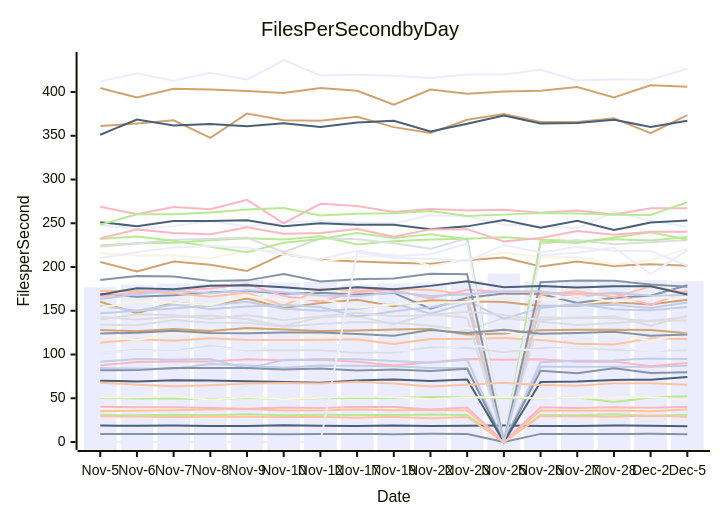
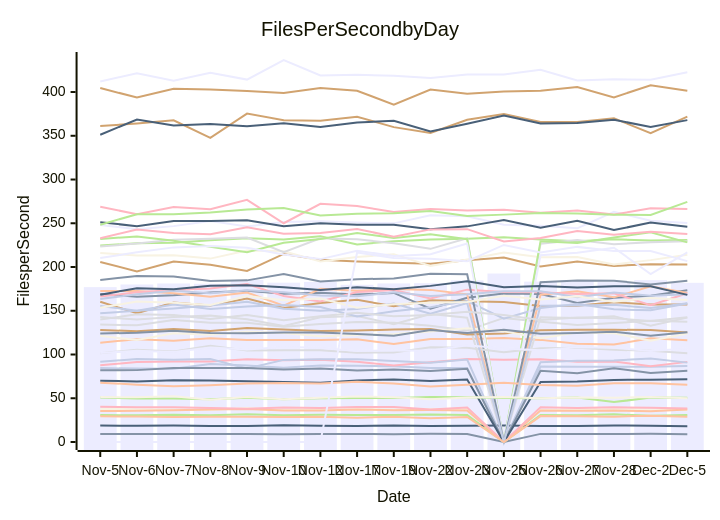
One commit to streetsidesoftware/cspell changed the diagram in perf-report.md. Above: the diagram before and after it, drawn with Mermaid. The commit also changed other lines of this file and 1 other file, not shown here.

````diff
--- a/perf-report.md
+++ b/perf-report.md
@@ -10,57 +10,57 @@
 ```mermaid
 xychart-beta
     title Files Per Second by Day
     y-axis Files per Second
     x-axis Date [Nov-5, Nov-6, Nov-7, Nov-8, Nov-9, Nov-10, Nov-12, Nov-17, Nov-19, Nov-22, Nov-23, Nov-25, Nov-26, Nov-27, Nov-28, Dec-2, Dec-5]
-    bar [177.03, 180.02, 181.19, 180.85, 185.26, 182.11, 183.02, 179.67, 181.22, 181.55, 184.70, 192.57, 183.27, 184.75, 182.79, 184.99, 183.63]
-    line [9.14, 9.20, 9.09, 9.19, 9.27, 8.92, 9.14, 9.18, 8.84, 9.32, 9.24, 0.00, 9.27, 9.05, 9.13, 9.38, 8.90]
-    line [113.51, 117.50, 115.81, 118.63, 116.72, 116.49, 116.48, 117.45, 112.12, 117.70, 117.75, 118.80, 116.72, 112.25, 111.37, 118.51, 117.58]
-    line [142.76, 139.88, 142.79, 144.44, 140.29, 132.61, 142.45, 144.07, 134.61, 146.19, 141.96, 0.00, 142.52, 141.79, 143.85, 132.83, 144.48]
-    line [30.80, 30.49, 31.24, 30.45, 31.85, 30.57, 31.13, 30.89, 30.94, 31.34, 30.76, 0.00, 30.81, 30.58, 31.64, 29.90, 31.23]
-    line [160.31, 147.15, 159.42, 156.12, 164.10, 153.25, 158.83, 162.50, 155.26, 161.99, 161.00, 160.02, 155.33, 155.60, 159.85, 157.03, 162.62]
-    line [84.45, 83.88, 83.68, 89.12, 87.30, 84.78, 87.41, 87.06, 86.68, 84.68, 84.66, 0.00, 86.16, 86.09, 86.12, 86.10, 87.06]
-    line [87.65, 91.37, 92.01, 91.93, 94.57, 93.46, 93.94, 91.73, 87.45, 91.05, 94.79, 93.97, 94.67, 91.62, 92.04, 86.62, 90.36]
-    line [18.76, 18.55, 18.73, 18.36, 18.35, 19.12, 18.64, 18.32, 18.95, 18.34, 18.44, 18.84, 18.37, 18.41, 18.93, 18.48, 18.05]
-    line [37.67, 37.57, 37.08, 36.63, 38.88, 36.70, 37.54, 37.45, 37.05, 37.59, 38.10, 0.00, 36.55, 37.13, 38.36, 37.28, 36.93]
-    line [248.00, 243.11, 246.73, 252.50, 246.24, 251.54, 252.31, 250.79, 249.89, 259.20, 257.89, 248.21, 247.03, 244.22, 263.12, 252.89, 246.17]
-    line [169.20, 166.04, 167.77, 170.78, 172.83, 169.54, 170.69, 168.51, 170.43, 152.49, 164.76, 169.85, 169.02, 158.91, 164.95, 167.24, 179.15]
-    line [35.49, 35.63, 36.38, 37.15, 37.84, 35.87, 36.08, 37.20, 36.20, 36.44, 36.12, 0.00, 36.09, 35.82, 35.94, 35.10, 37.14]
-    line [134.26, 133.45, 139.44, 136.40, 136.32, 131.65, 134.94, 137.19, 136.33, 132.82, 127.42, 141.81, 137.38, 133.61, 136.04, 138.47, 138.82]
-    line [224.62, 227.06, 227.82, 230.59, 232.99, 231.54, 235.20, 225.87, 229.42, 231.39, 232.22, 233.95, 231.55, 229.52, 231.73, 230.37, 234.33]
-    line [205.70, 195.00, 206.27, 202.50, 195.41, 214.93, 208.44, 206.40, 204.90, 203.63, 207.69, 210.97, 200.63, 206.29, 201.28, 203.16, 201.51]
-    line [91.82, 94.84, 93.87, 94.75, 84.15, 93.85, 94.70, 94.62, 92.44, 90.51, 94.24, 0.00, 91.28, 92.74, 93.28, 95.50, 94.90]
-    line [40.28, 39.64, 39.74, 38.81, 37.90, 39.54, 38.73, 39.95, 40.00, 37.29, 39.41, 0.00, 39.61, 38.93, 39.59, 39.21, 39.93]
-    line [251.21, 246.70, 252.56, 252.48, 253.34, 246.50, 250.04, 248.32, 248.40, 243.10, 246.46, 253.84, 244.86, 252.77, 242.22, 250.75, 253.21]
-    line [216.14, 213.21, 213.46, 209.61, 218.80, 218.08, 206.42, 211.56, 214.70, 201.32, 208.63, 216.56, 211.21, 211.52, 202.80, 207.87, 220.83]
-    line [412.03, 421.51, 412.86, 422.15, 414.20, 436.61, 418.89, 419.72, 418.60, 416.16, 419.91, 420.14, 425.45, 413.25, 414.49, 414.13, 426.70]
-    line [81.93, 82.15, 84.55, 84.56, 84.50, 82.79, 84.08, 81.67, 82.81, 81.19, 83.62, 0.00, 81.43, 78.64, 84.26, 78.88, 79.79]
-    line [172.53, 172.53, 170.03, 165.93, 170.87, 155.75, 175.08, 172.86, 174.82, 173.87, 168.75, 0.00, 168.42, 172.41, 165.34, 178.00, 170.11]
-    line [223.41, 226.89, 231.20, 232.42, 233.76, 216.82, 232.75, 231.73, 227.11, 220.77, 232.83, 0.00, 226.61, 230.78, 225.94, 228.40, 230.74]
-    line [231.98, 234.98, 230.05, 223.17, 216.85, 227.77, 231.99, 238.91, 233.06, 237.44, 231.81, 0.00, 229.54, 227.35, 233.78, 239.72, 231.51]
-    line [128.10, 126.48, 129.06, 126.84, 130.40, 128.50, 126.86, 127.39, 128.53, 129.02, 122.85, 124.15, 127.61, 128.38, 128.27, 127.96, 124.17]
-    line [155.38, 149.97, 157.16, 151.98, 154.79, 156.47, 154.38, 143.43, 149.38, 154.11, 161.15, 140.96, 153.09, 157.58, 151.62, 150.61, 154.23]
-    line [166.28, 171.14, 173.72, 175.33, 180.56, 166.86, 160.67, 171.35, 173.67, 163.99, 174.13, 171.44, 171.10, 169.17, 169.92, 156.42, 173.03]
-    line [70.12, 69.24, 70.59, 70.35, 69.51, 68.69, 67.71, 70.32, 71.50, 69.84, 71.46, 0.00, 68.63, 69.18, 70.98, 71.07, 74.28]
-    line [121.32, 116.47, 124.25, 122.72, 125.93, 124.62, 120.74, 122.33, 123.30, 126.42, 130.12, 126.69, 118.47, 125.05, 124.39, 115.88, 123.62]
-    line [210.23, 216.75, 222.44, 224.03, 222.14, 214.23, 209.04, 218.60, 212.59, 214.66, 226.79, 0.00, 213.37, 216.21, 222.03, 191.91, 219.36]
-    line [185.17, 189.74, 189.19, 183.94, 184.74, 191.91, 183.56, 186.00, 187.01, 192.19, 191.67, 0.00, 182.52, 184.50, 184.37, 180.13, 177.53]
-    line [67.86, 65.51, 63.67, 64.87, 66.76, 67.56, 66.97, 68.98, 66.79, 63.49, 65.54, 67.63, 65.16, 64.17, 67.20, 67.10, 65.57]
-    line [101.54, 105.44, 103.31, 109.90, 104.67, 104.85, 104.85, 102.15, 102.24, 108.41, 107.84, 102.72, 107.24, 107.62, 105.35, 104.37, 104.91]
-    line [50.81, 49.63, 49.77, 48.97, 50.50, 48.94, 50.11, 50.42, 50.32, 51.47, 51.26, 50.21, 50.12, 50.94, 45.60, 50.75, 52.32]
-    line [361.14, 363.96, 367.65, 347.60, 375.37, 367.87, 367.07, 371.79, 359.89, 353.22, 368.32, 374.93, 365.77, 365.67, 369.95, 352.91, 373.58]
-    line [147.11, 149.93, 152.49, 155.90, 160.36, 152.28, 150.06, 152.05, 158.28, 146.52, 158.85, 0.00, 155.81, 155.95, 156.73, 153.23, 159.33]
-    line [268.91, 260.25, 268.67, 265.98, 276.77, 250.02, 272.22, 269.63, 262.78, 266.27, 264.63, 265.39, 262.12, 264.70, 259.96, 267.12, 267.06]
-    line [351.23, 368.55, 361.63, 363.56, 361.00, 364.43, 360.15, 365.05, 367.22, 354.80, 363.64, 373.17, 364.09, 364.55, 368.33, 360.08, 367.21]
-    line [51.37, 51.10, 52.20, 48.34, 51.40, 48.84, 50.71, 51.87, 51.27, 48.95, 50.74, 51.36, 50.08, 50.94, 50.51, 51.36, 48.36]
-    line [101.63, 104.36, 102.75, 108.04, 105.75, 108.53, 107.61, 103.87, 104.59, 104.39, 110.58, 106.99, 105.01, 108.35, 107.81, 104.02, 107.69]
-    line [123.91, 124.93, 127.28, 124.63, 124.24, 125.03, 125.24, 123.48, 121.57, 127.94, 124.68, 128.18, 123.81, 124.58, 126.05, 121.44, 122.99]
-    line [29.34, 29.13, 28.68, 28.99, 28.78, 28.56, 28.81, 27.61, 29.00, 27.12, 28.69, 0.00, 29.62, 29.42, 28.97, 30.07, 28.80]
-    line [140.08, 145.92, 145.09, 140.71, 145.23, 139.03, 143.66, 147.67, 143.64, 145.07, 148.78, 145.20, 139.52, 142.17, 141.34, 138.40, 142.75]
-    line [248.33, 260.33, 260.40, 262.23, 265.71, 267.34, 258.77, 260.78, 261.46, 264.14, 258.29, 259.88, 261.65, 261.27, 259.85, 259.59, 274.11]
-    line [404.53, 393.69, 403.73, 402.78, 401.18, 398.88, 404.51, 401.52, 385.51, 402.83, 398.10, 400.47, 401.59, 405.72, 393.85, 407.78, 406.07]
-    line [163.50, 168.96, 172.75, 170.15, 173.41, 171.14, 167.37, 166.50, 171.04, 166.81, 168.79, 172.43, 172.30, 165.40, 170.85, 167.09, 167.90]
-    line [232.97, 242.75, 238.83, 237.46, 245.31, 238.15, 238.92, 243.36, 234.75, 243.01, 243.28, 229.25, 233.06, 241.24, 236.91, 240.36, 240.22]
-    line [168.22, 175.85, 174.73, 178.68, 179.16, 176.80, 173.86, 176.80, 174.52, 178.44, 183.84, 176.75, 178.41, 176.49, 178.04, 178.10, 168.58]
-    line [153.47, 160.59, 159.17, 156.54, 166.82, 162.10, 163.95, 153.46, 157.33, 159.29, 160.15, 167.27, 163.00, 166.53, 160.28, 164.60, 165.34]
-    line [0.00, 0.00, 0.00, 0.00, 0.00, 0.00, 0.00, 216.65, 210.39, 209.57, 206.62, 225.23, 216.74, 223.01, 218.30, 218.24, 201.72]
+    bar [177.03, 180.02, 181.19, 180.85, 185.26, 182.11, 183.02, 179.67, 181.22, 181.55, 184.70, 192.57, 183.27, 184.75, 182.79, 184.99, 181.95]
+    line [9.14, 9.20, 9.09, 9.19, 9.27, 8.92, 9.14, 9.18, 8.84, 9.32, 9.24, 0.00, 9.27, 9.05, 9.13, 9.38, 8.83]
+    line [113.51, 117.50, 115.81, 118.63, 116.72, 116.49, 116.48, 117.45, 112.12, 117.70, 117.75, 118.80, 116.72, 112.25, 111.37, 118.51, 116.19]
+    line [142.76, 139.88, 142.79, 144.44, 140.29, 132.61, 142.45, 144.07, 134.61, 146.19, 141.96, 0.00, 142.52, 141.79, 143.85, 132.83, 142.13]
+    line [30.80, 30.49, 31.24, 30.45, 31.85, 30.57, 31.13, 30.89, 30.94, 31.34, 30.76, 0.00, 30.81, 30.58, 31.64, 29.90, 30.79]
+    line [160.31, 147.15, 159.42, 156.12, 164.10, 153.25, 158.83, 162.50, 155.26, 161.99, 161.00, 160.02, 155.33, 155.60, 159.85, 157.03, 157.13]
+    line [84.45, 83.88, 83.68, 89.12, 87.30, 84.78, 87.41, 87.06, 86.68, 84.68, 84.66, 0.00, 86.16, 86.09, 86.12, 86.10, 86.97]
+    line [87.65, 91.37, 92.01, 91.93, 94.57, 93.46, 93.94, 91.73, 87.45, 91.05, 94.79, 93.97, 94.67, 91.62, 92.04, 86.62, 91.58]
+    line [18.76, 18.55, 18.73, 18.36, 18.35, 19.12, 18.64, 18.32, 18.95, 18.34, 18.44, 18.84, 18.37, 18.41, 18.93, 18.48, 17.89]
+    line [37.67, 37.57, 37.08, 36.63, 38.88, 36.70, 37.54, 37.45, 37.05, 37.59, 38.10, 0.00, 36.55, 37.13, 38.36, 37.28, 36.33]
+    line [248.00, 243.11, 246.73, 252.50, 246.24, 251.54, 252.31, 250.79, 249.89, 259.20, 257.89, 248.21, 247.03, 244.22, 263.12, 252.89, 250.27]
+    line [169.20, 166.04, 167.77, 170.78, 172.83, 169.54, 170.69, 168.51, 170.43, 152.49, 164.76, 169.85, 169.02, 158.91, 164.95, 167.24, 173.37]
+    line [35.49, 35.63, 36.38, 37.15, 37.84, 35.87, 36.08, 37.20, 36.20, 36.44, 36.12, 0.00, 36.09, 35.82, 35.94, 35.10, 37.12]
+    line [134.26, 133.45, 139.44, 136.40, 136.32, 131.65, 134.94, 137.19, 136.33, 132.82, 127.42, 141.81, 137.38, 133.61, 136.04, 138.47, 137.51]
+    line [224.62, 227.06, 227.82, 230.59, 232.99, 231.54, 235.20, 225.87, 229.42, 231.39, 232.22, 233.95, 231.55, 229.52, 231.73, 230.37, 231.01]
+    line [205.70, 195.00, 206.27, 202.50, 195.41, 214.93, 208.44, 206.40, 204.90, 203.63, 207.69, 210.97, 200.63, 206.29, 201.28, 203.16, 202.74]
+    line [91.82, 94.84, 93.87, 94.75, 84.15, 93.85, 94.70, 94.62, 92.44, 90.51, 94.24, 0.00, 91.28, 92.74, 93.28, 95.50, 90.72]
+    line [40.28, 39.64, 39.74, 38.81, 37.90, 39.54, 38.73, 39.95, 40.00, 37.29, 39.41, 0.00, 39.61, 38.93, 39.59, 39.21, 38.34]
+    line [251.21, 246.70, 252.56, 252.48, 253.34, 246.50, 250.04, 248.32, 248.40, 243.10, 246.46, 253.84, 244.86, 252.77, 242.22, 250.75, 245.95]
+    line [216.14, 213.21, 213.46, 209.61, 218.80, 218.08, 206.42, 211.56, 214.70, 201.32, 208.63, 216.56, 211.21, 211.52, 202.80, 207.87, 213.95]
+    line [412.03, 421.51, 412.86, 422.15, 414.20, 436.61, 418.89, 419.72, 418.60, 416.16, 419.91, 420.14, 425.45, 413.25, 414.49, 414.13, 422.65]
+    line [81.93, 82.15, 84.55, 84.56, 84.50, 82.79, 84.08, 81.67, 82.81, 81.19, 83.62, 0.00, 81.43, 78.64, 84.26, 78.88, 81.38]
+    line [172.53, 172.53, 170.03, 165.93, 170.87, 155.75, 175.08, 172.86, 174.82, 173.87, 168.75, 0.00, 168.42, 172.41, 165.34, 178.00, 170.18]
+    line [223.41, 226.89, 231.20, 232.42, 233.76, 216.82, 232.75, 231.73, 227.11, 220.77, 232.83, 0.00, 226.61, 230.78, 225.94, 228.40, 229.48]
+    line [231.98, 234.98, 230.05, 223.17, 216.85, 227.77, 231.99, 238.91, 233.06, 237.44, 231.81, 0.00, 229.54, 227.35, 233.78, 239.72, 228.18]
+    line [128.10, 126.48, 129.06, 126.84, 130.40, 128.50, 126.86, 127.39, 128.53, 129.02, 122.85, 124.15, 127.61, 128.38, 128.27, 127.96, 125.27]
+    line [155.38, 149.97, 157.16, 151.98, 154.79, 156.47, 154.38, 143.43, 149.38, 154.11, 161.15, 140.96, 153.09, 157.58, 151.62, 150.61, 158.39]
+    line [166.28, 171.14, 173.72, 175.33, 180.56, 166.86, 160.67, 171.35, 173.67, 163.99, 174.13, 171.44, 171.10, 169.17, 169.92, 156.42, 170.05]
+    line [70.12, 69.24, 70.59, 70.35, 69.51, 68.69, 67.71, 70.32, 71.50, 69.84, 71.46, 0.00, 68.63, 69.18, 70.98, 71.07, 71.67]
+    line [121.32, 116.47, 124.25, 122.72, 125.93, 124.62, 120.74, 122.33, 123.30, 126.42, 130.12, 126.69, 118.47, 125.05, 124.39, 115.88, 123.86]
+    line [210.23, 216.75, 222.44, 224.03, 222.14, 214.23, 209.04, 218.60, 212.59, 214.66, 226.79, 0.00, 213.37, 216.21, 222.03, 191.91, 216.70]
+    line [185.17, 189.74, 189.19, 183.94, 184.74, 191.91, 183.56, 186.00, 187.01, 192.19, 191.67, 0.00, 182.52, 184.50, 184.37, 180.13, 184.20]
+    line [67.86, 65.51, 63.67, 64.87, 66.76, 67.56, 66.97, 68.98, 66.79, 63.49, 65.54, 67.63, 65.16, 64.17, 67.20, 67.10, 65.45]
+    line [101.54, 105.44, 103.31, 109.90, 104.67, 104.85, 104.85, 102.15, 102.24, 108.41, 107.84, 102.72, 107.24, 107.62, 105.35, 104.37, 101.33]
+    line [50.81, 49.63, 49.77, 48.97, 50.50, 48.94, 50.11, 50.42, 50.32, 51.47, 51.26, 50.21, 50.12, 50.94, 45.60, 50.75, 50.68]
+    line [361.14, 363.96, 367.65, 347.60, 375.37, 367.87, 367.07, 371.79, 359.89, 353.22, 368.32, 374.93, 365.77, 365.67, 369.95, 352.91, 371.87]
+    line [147.11, 149.93, 152.49, 155.90, 160.36, 152.28, 150.06, 152.05, 158.28, 146.52, 158.85, 0.00, 155.81, 155.95, 156.73, 153.23, 158.55]
+    line [268.91, 260.25, 268.67, 265.98, 276.77, 250.02, 272.22, 269.63, 262.78, 266.27, 264.63, 265.39, 262.12, 264.70, 259.96, 267.12, 266.27]
+    line [351.23, 368.55, 361.63, 363.56, 361.00, 364.43, 360.15, 365.05, 367.22, 354.80, 363.64, 373.17, 364.09, 364.55, 368.33, 360.08, 367.89]
+    line [51.37, 51.10, 52.20, 48.34, 51.40, 48.84, 50.71, 51.87, 51.27, 48.95, 50.74, 51.36, 50.08, 50.94, 50.51, 51.36, 49.87]
+    line [101.63, 104.36, 102.75, 108.04, 105.75, 108.53, 107.61, 103.87, 104.59, 104.39, 110.58, 106.99, 105.01, 108.35, 107.81, 104.02, 106.75]
+    line [123.91, 124.93, 127.28, 124.63, 124.24, 125.03, 125.24, 123.48, 121.57, 127.94, 124.68, 128.18, 123.81, 124.58, 126.05, 121.44, 125.33]
+    line [29.34, 29.13, 28.68, 28.99, 28.78, 28.56, 28.81, 27.61, 29.00, 27.12, 28.69, 0.00, 29.62, 29.42, 28.97, 30.07, 28.93]
+    line [140.08, 145.92, 145.09, 140.71, 145.23, 139.03, 143.66, 147.67, 143.64, 145.07, 148.78, 145.20, 139.52, 142.17, 141.34, 138.40, 142.58]
+    line [248.33, 260.33, 260.40, 262.23, 265.71, 267.34, 258.77, 260.78, 261.46, 264.14, 258.29, 259.88, 261.65, 261.27, 259.85, 259.59, 274.49]
+    line [404.53, 393.69, 403.73, 402.78, 401.18, 398.88, 404.51, 401.52, 385.51, 402.83, 398.10, 400.47, 401.59, 405.72, 393.85, 407.78, 401.51]
+    line [163.50, 168.96, 172.75, 170.15, 173.41, 171.14, 167.37, 166.50, 171.04, 166.81, 168.79, 172.43, 172.30, 165.40, 170.85, 167.09, 168.85]
+    line [232.97, 242.75, 238.83, 237.46, 245.31, 238.15, 238.92, 243.36, 234.75, 243.01, 243.28, 229.25, 233.06, 241.24, 236.91, 240.36, 237.72]
+    line [168.22, 175.85, 174.73, 178.68, 179.16, 176.80, 173.86, 176.80, 174.52, 178.44, 183.84, 176.75, 178.41, 176.49, 178.04, 178.10, 168.16]
+    line [153.47, 160.59, 159.17, 156.54, 166.82, 162.10, 163.95, 153.46, 157.33, 159.29, 160.15, 167.27, 163.00, 166.53, 160.28, 164.60, 162.18]
+    line [0.00, 0.00, 0.00, 0.00, 0.00, 0.00, 0.00, 216.65, 210.39, 209.57, 206.62, 225.23, 216.74, 223.01, 218.30, 218.24, 206.70]
 ```
````
